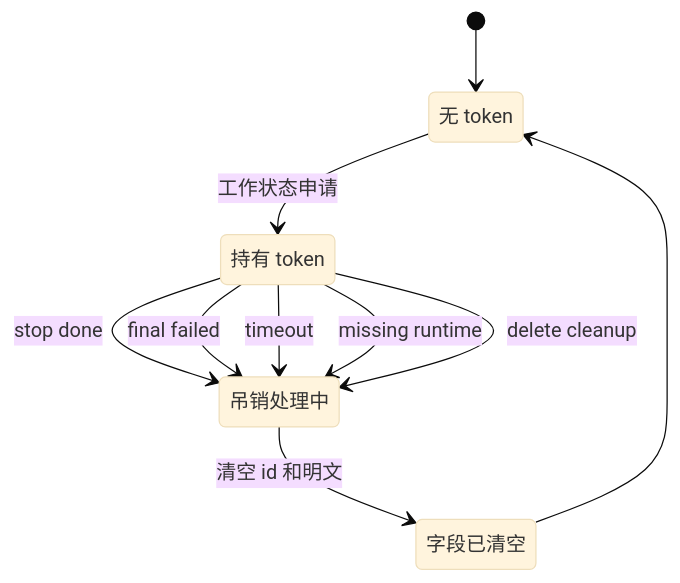
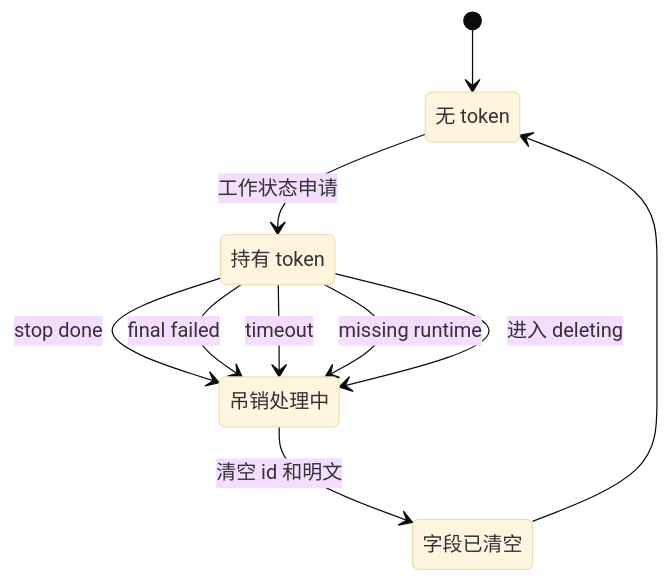
Before and after one commit to ExplodingDragon/gitea-dev: the fourth of 4 diagrams in src/state-machine.md, drawn with Mermaid (base theme). The commit also changed other lines of this file and 9 other files, not shown here.

````diff
--- a/src/state-machine.md
+++ b/src/state-machine.md
@@ -298,19 +349,19 @@
 ```mermaid
 stateDiagram-v2
     direction TB
 
     NoToken: 无 token
     HasToken: 持有 token
     Revoking: 吊销处理中
     Cleared: 字段已清空
 
     [*] --> NoToken
     NoToken --> HasToken: 工作状态申请
     HasToken --> Revoking: stop done
     HasToken --> Revoking: final failed
     HasToken --> Revoking: timeout
     HasToken --> Revoking: missing runtime
-    HasToken --> Revoking: delete cleanup
+    HasToken --> Revoking: 进入 deleting
     Revoking --> Cleared: 清空 id 和明文
     Cleared --> NoToken
 ```
````
